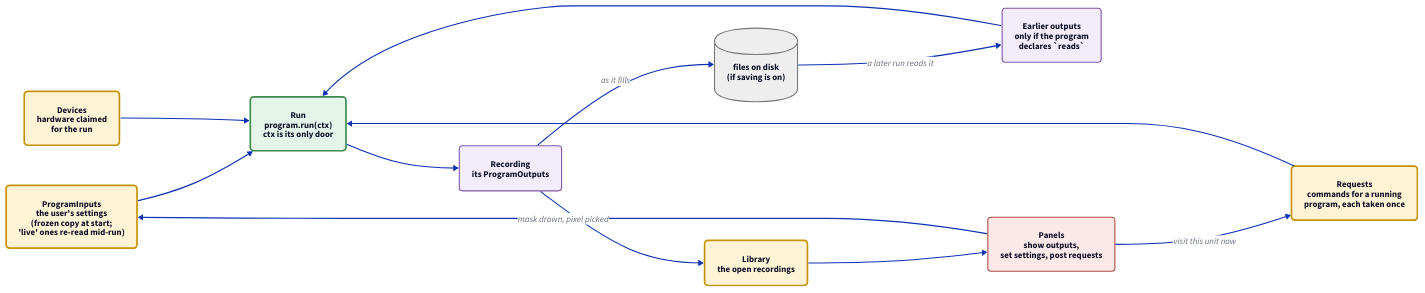
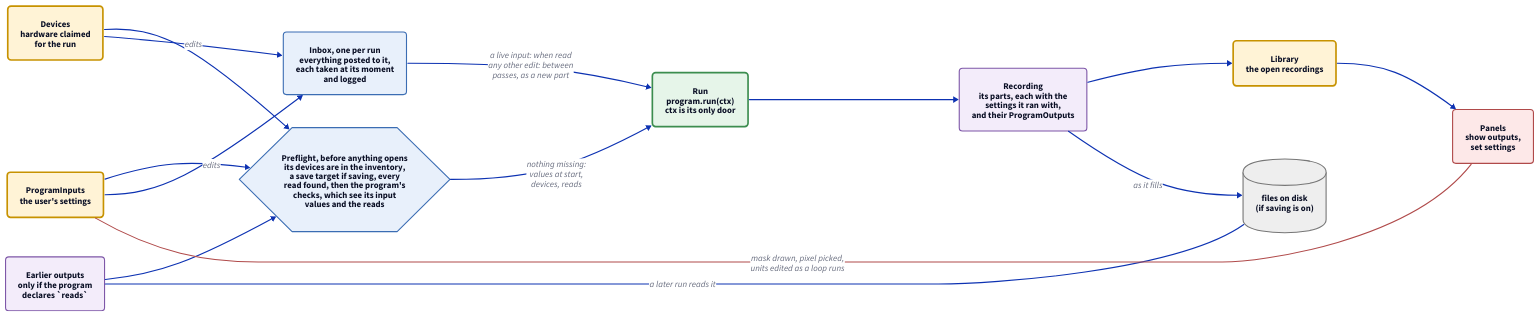
The diagram in docs/diagrams/core.d2 (FishyIshyFishy/pyrpoc), drawn with D2 before and after one commit. The commit also changed 174 other files, not shown here.

```diff
--- a/docs/diagrams/core.d2
+++ b/docs/diagrams/core.d2
@@ -1,35 +1,43 @@
 # Board 1 of 2: what flows into a program and what comes out. See nouns.d2 for the nouns.
 direction: right
 
 classes: {
   coll: {style: {fill: "#fff3d6"; stroke: "#c79200"; stroke-width: 3; border-radius: 6}}
   prog: {style: {fill: "#e6f5e9"; stroke: "#3c8d4f"; stroke-width: 3; border-radius: 6}}
+  inbox: {style: {fill: "#e8f0fb"; stroke: "#3b6db3"; stroke-width: 2; border-radius: 6}}
   val: {style: {fill: "#f3ecfa"; stroke: "#7e57a8"; border-radius: 6}}
   view: {style: {fill: "#fde8e8"; stroke: "#b04a4a"; border-radius: 6}}
   disk: {shape: cylinder; style: {fill: "#eeeeee"; stroke: "#777777"}}
+  check: {shape: hexagon; style: {fill: "#e8f0fb"; stroke: "#3b6db3"}}
 }
 
-settings: "ProgramInputs\nthe user's settings\n(frozen copy at start;\n'live' ones re-read mid-run)" {class: coll}
-requests: "Requests\ncommands for a running\nprogram, each taken once" {class: coll}
+settings: "ProgramInputs\nthe user's settings" {class: coll}
 devices: "Devices\nhardware claimed\nfor the run" {class: coll}
 earlier: "Earlier outputs\nonly if the program\ndeclares `reads`" {class: val}
 
+inbox: "Inbox, one per run\neverything posted to it,\neach taken at its moment\nand logged" {class: inbox}
+
+preflight: "Preflight, before anything opens\nits devices are in the inventory,\na save target if saving, every\nread found, then the program's\nchecks, which see its input\nvalues and the reads" {class: check}
+
 run: "Run\nprogram.run(ctx)\nctx is its only door" {class: prog}
 
-recording: "Recording\nits ProgramOutputs" {class: val}
+recording: "Recording\nits parts, each with the\nsettings it ran with,\nand their ProgramOutputs" {class: val}
 library: "Library\nthe open recordings" {class: coll}
 files: "files on disk\n(if saving is on)" {class: disk}
-panels: "Panels\nshow outputs,\nset settings, post requests" {class: view}
+panels: "Panels\nshow outputs,\nset settings" {class: view}
 
-settings -> run
-requests -> run
-devices -> run
-earlier -> run
+settings -> preflight
+devices -> preflight
+earlier -> preflight
+preflight -> run: "nothing missing:\nvalues at start,\ndevices, reads"
+
+settings -> inbox: "edits"
+devices -> inbox: "edits"
+inbox -> run: "a live input: when read\nany other edit: between\npasses, as a new part"
 
 run -> recording
 recording -> library
 recording -> files: "as it fills"
-files -> earlier: "a later run reads it"
+earlier -- files: "a later run reads it" {source-arrowhead.shape: triangle}
 library -> panels
-panels -> settings: "mask drawn, pixel picked"
-panels -> requests: "visit this unit now"
+settings -- panels: "mask drawn, pixel picked,\nunits edited as a loop runs" {source-arrowhead.shape: triangle; style.stroke: "#b04a4a"}
```
